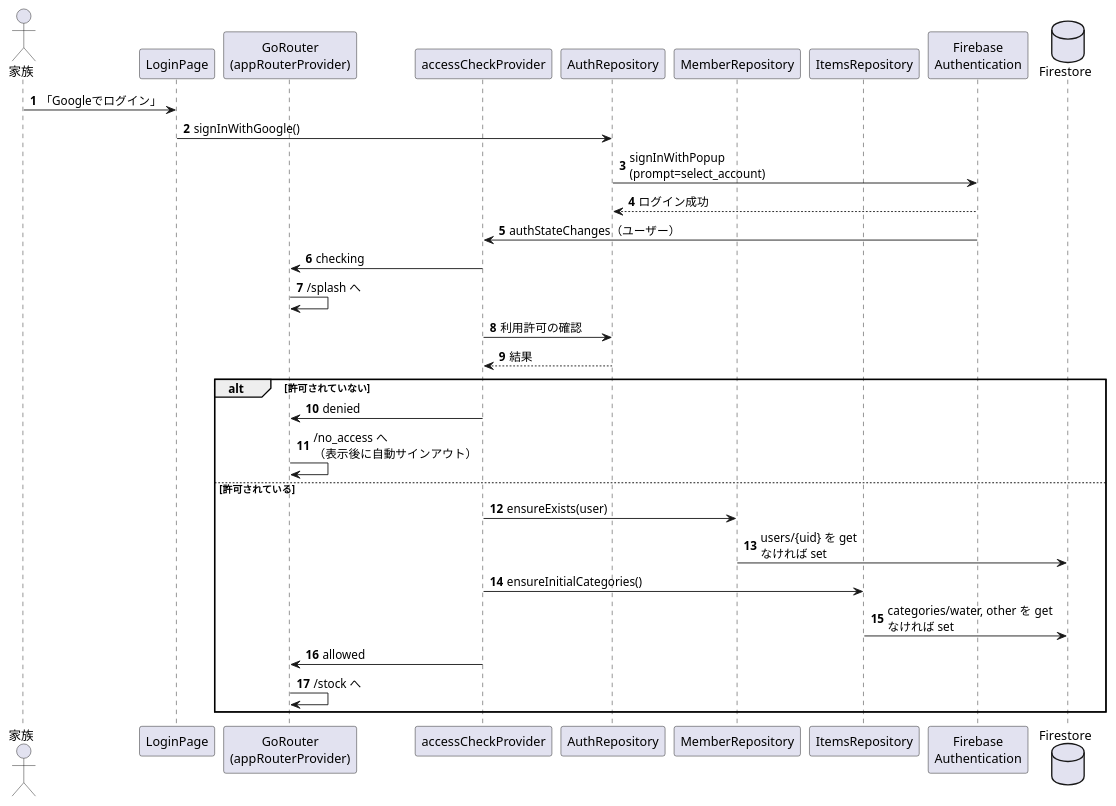
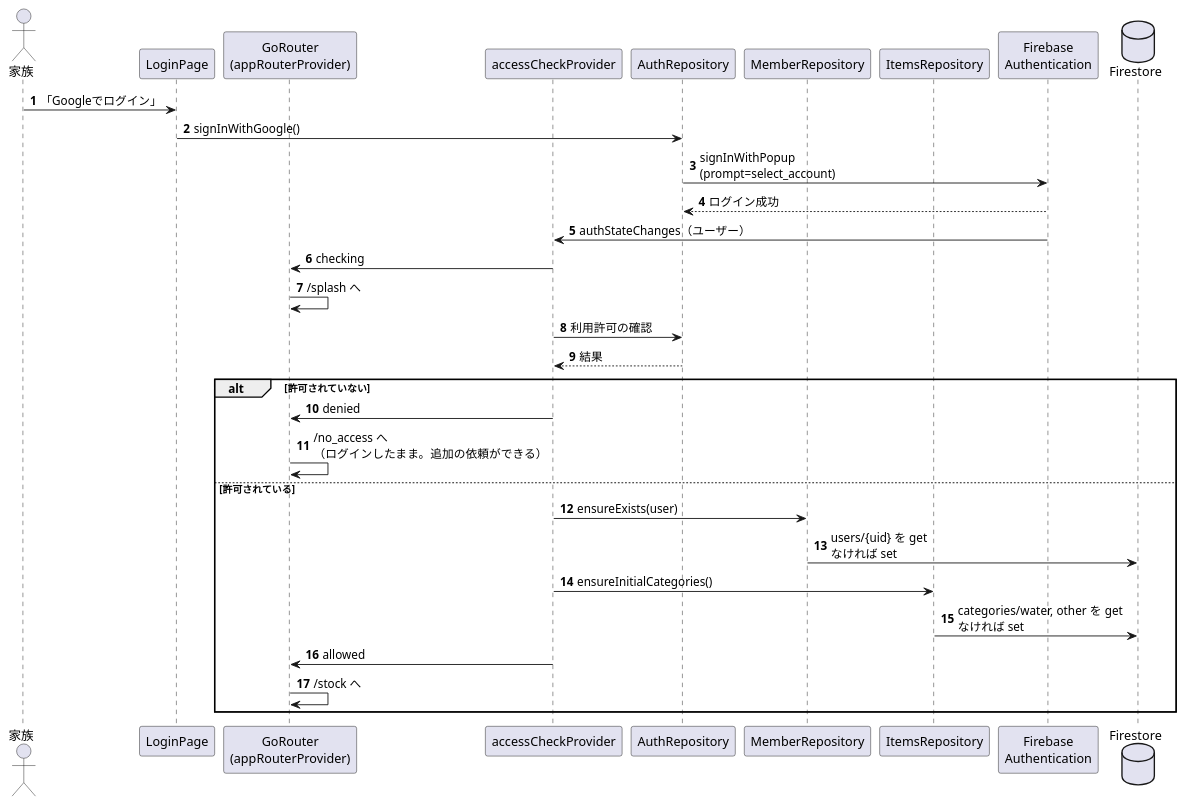
Before and after one commit to LASC-SINCE2015/LivingManager: the diagram in design/sequences/diagrams/login.puml, drawn with PlantUML. The commit also changed 45 other files, not shown here.

```diff
--- a/design/sequences/diagrams/login.puml
+++ b/design/sequences/diagrams/login.puml
@@ -1,38 +1,38 @@
 @startuml login
 !pragma layout smetana
 ' 起動からログイン、利用開始の準備までの流れ
 skinparam defaultFontName "Meiryo"
 autonumber
 
 actor "家族" as user
 participant "LoginPage" as page
 participant "GoRouter\n(appRouterProvider)" as router
 participant "accessCheckProvider" as check
 participant "AuthRepository" as authRepo
 participant "MemberRepository" as memberRepo
 participant "ItemsRepository" as itemsRepo
 participant "Firebase\nAuthentication" as auth
 database "Firestore" as fs
 
 user -> page : 「Googleでログイン」
 page -> authRepo : signInWithGoogle()
 authRepo -> auth : signInWithPopup\n(prompt=select_account)
 auth --> authRepo : ログイン成功
 auth -> check : authStateChanges（ユーザー）
 check -> router : checking
 router -> router : /splash へ
 
 check -> authRepo : 利用許可の確認
 authRepo --> check : 結果
 alt 許可されていない
   check -> router : denied
-  router -> router : /no_access へ\n（表示後に自動サインアウト）
+  router -> router : /no_access へ\n（ログインしたまま。追加の依頼ができる）
 else 許可されている
   check -> memberRepo : ensureExists(user)
   memberRepo -> fs : users/{uid} を get\nなければ set
   check -> itemsRepo : ensureInitialCategories()
   itemsRepo -> fs : categories/water, other を get\nなければ set
   check -> router : allowed
   router -> router : /stock へ
 end
 @enduml
```
